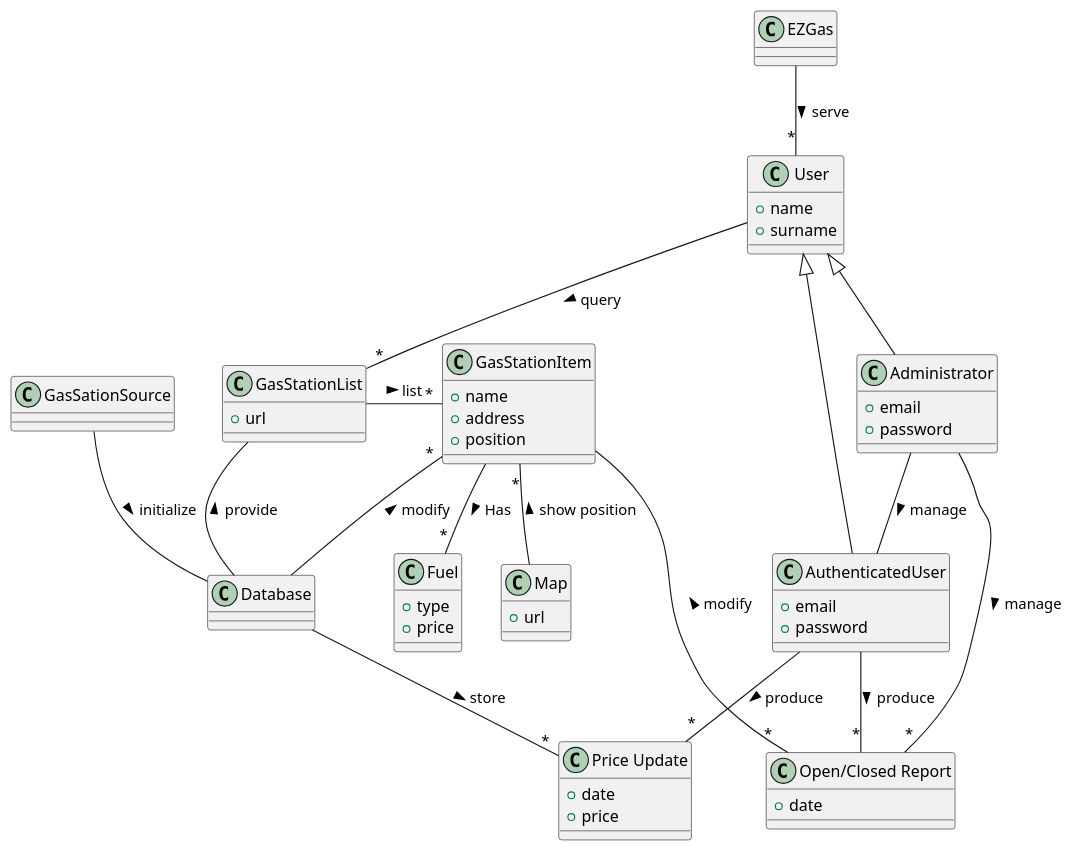
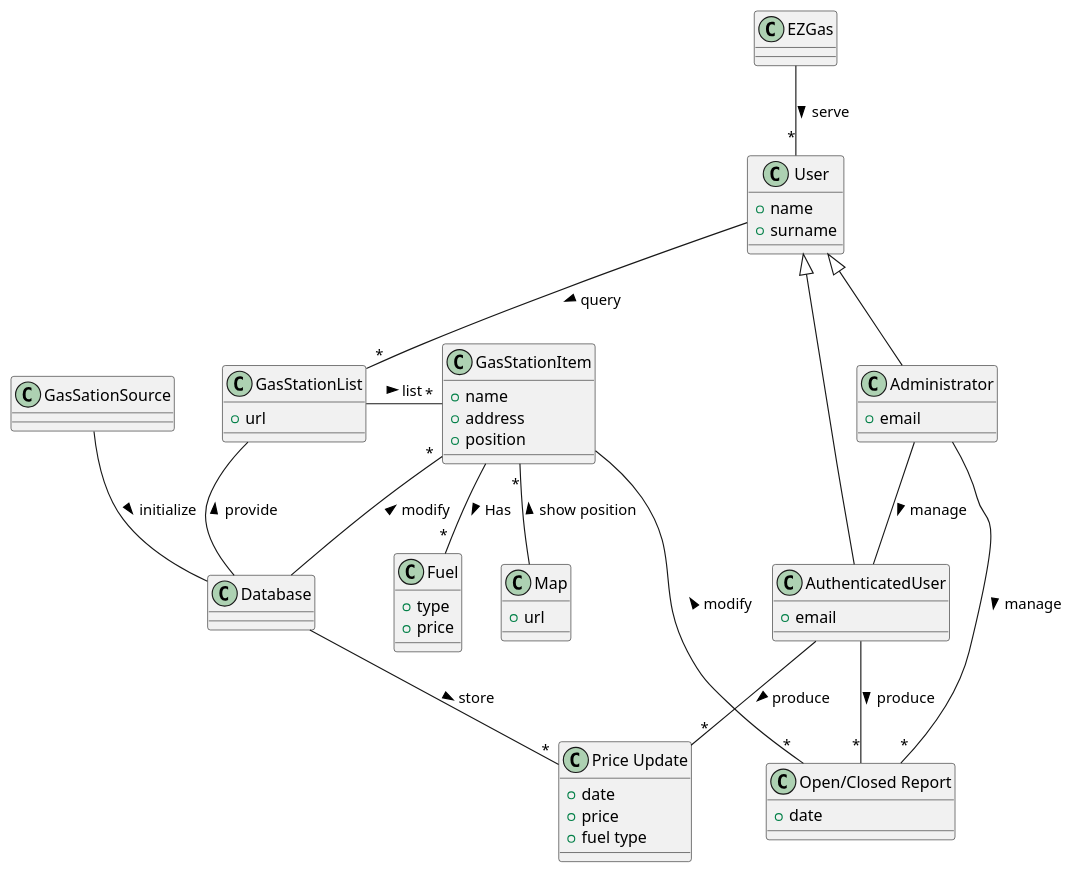
One commit to aureliocirella/se1-ezgas changed the third of 4 diagrams in docs/RequirementsDocument.md. Above: the diagram before and after it, drawn with PlantUML.

Commit message:
fix: change some attributes in glossary

````diff
--- a/docs/RequirementsDocument.md
+++ b/docs/RequirementsDocument.md
@@ -440,64 +440,61 @@
 ```plantuml
 class User {
 + name
 + surname
 }
 class Administrator {
 + email
-+ password
-
 }
 
 class Fuel {
 +type
 +price
 }
 
 class GasStationList {
 +url
 }
 
 class GasStationItem {
 + name
 + address
 + position
 }
 
 class "Open/Closed Report"{
 + date
 
 }
 
 class "Price Update"{
 + date
 + price
++fuel type
 }
 
 class Map {
 + url
 
 }
 
 class AuthenticatedUser{
 + email
-+ password
-
 }
 
 EZGas -- "*" User :serve >
 GasSationSource -down- Database :  initialize > 
 Database -- GasStationList : provide >
 Administrator -- AuthenticatedUser: manage >
 User <|-- Administrator 
 GasStationList -right- "*" GasStationItem :list >
 User <|-right- AuthenticatedUser 
 GasStationItem "*"-- Map : < show position
 User -- "*"  GasStationList : query >
 GasStationItem -- "*" "Open/Closed Report" :< modify 
 Administrator -- "*"  "Open/Closed Report" :  manage >
 Database -- "*"  "Price Update" :  store >
 AuthenticatedUser-- "*" "Open/Closed Report" : produce >
 AuthenticatedUser-- "*"  "Price Update" : produce >
 GasStationItem "*" -- Database : < modify
 GasStationItem  -- "*" Fuel : > Has
 ```
````
